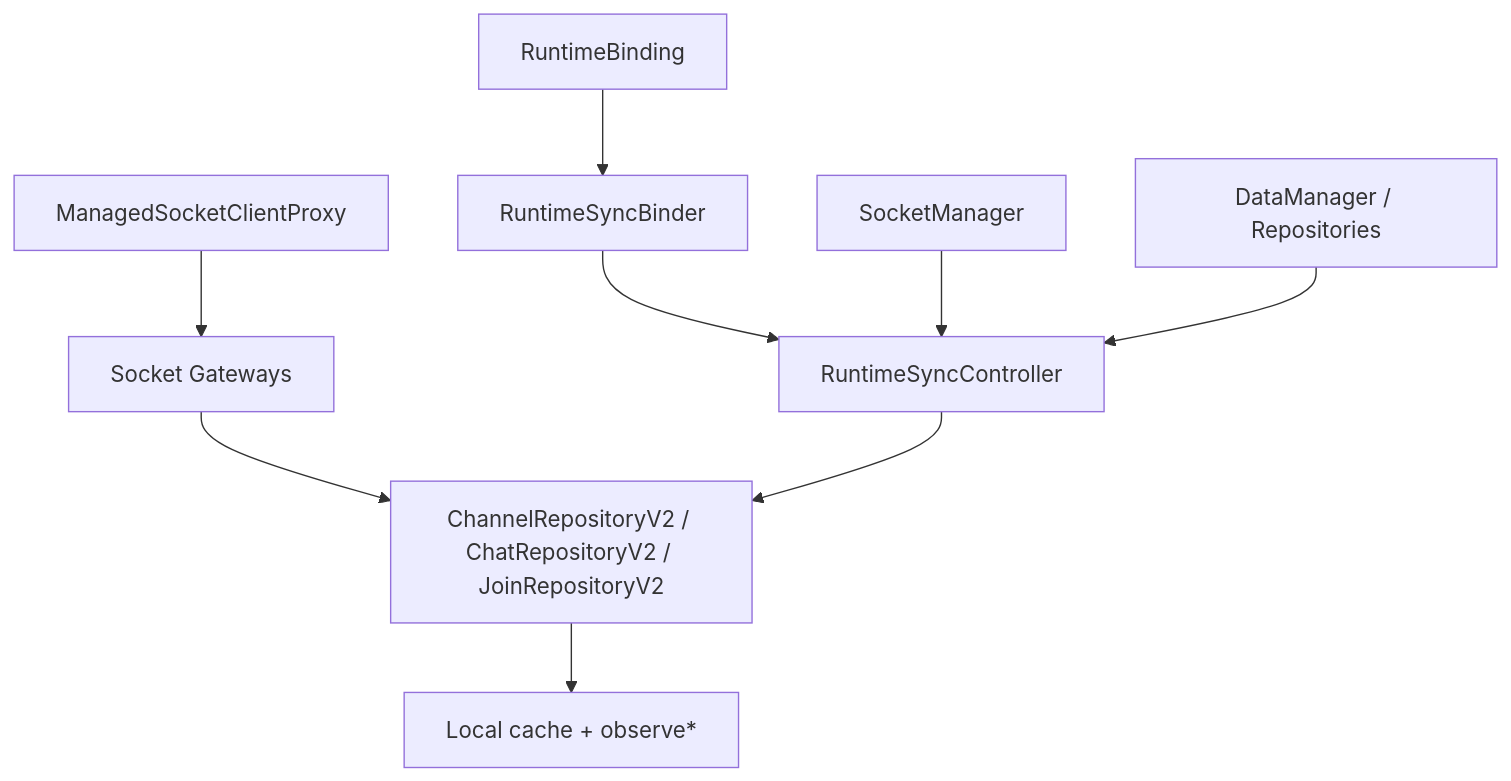
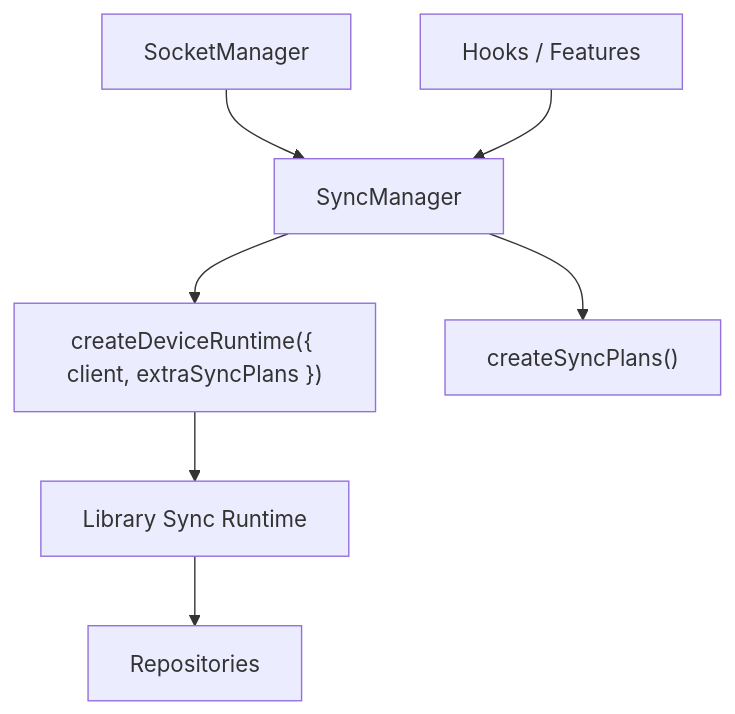
Before and after one commit to lemoncloud-io/dou-app: the diagram in libs/app-runtime/docs/sync/README.md, drawn with Mermaid. The commit also changed other lines of this file and 39 other files, not shown here.

Commit message:
feat(app-runtime): refactor socket and sync layers for v2

````diff
--- a/libs/app-runtime/docs/sync/README.md
+++ b/libs/app-runtime/docs/sync/README.md
@@ -113,12 +18,9 @@
 ```mermaid
 flowchart TD
-  Binding["RuntimeBinding"] --> SyncBinder["RuntimeSyncBinder"]
-  SyncBinder --> SyncRuntime["RuntimeSyncController"]
-
-  SocketManager["SocketManager"] --> SyncRuntime
-  DataRuntime["DataManager / Repositories"] --> SyncRuntime
-  Proxy["ManagedSocketClientProxy"] --> Gateways["Socket Gateways"]
-  Gateways --> Repos["ChannelRepositoryV2 / ChatRepositoryV2 / JoinRepositoryV2"]
-  Repos --> Local["Local cache + observe*"]
-  SyncRuntime --> Repos
+  SocketManager["SocketManager"] --> SyncManager["SyncManager"]
+  SyncManager --> Runtime["createDeviceRuntime({ client, extraSyncPlans })"]
+  SyncManager --> Plans["createSyncPlans()"]
+  Runtime --> Scheduler["Library Sync Runtime"]
+  Scheduler --> Repos["Repositories"]
+  UI["Hooks / Features"] --> SyncManager
 ```
````
